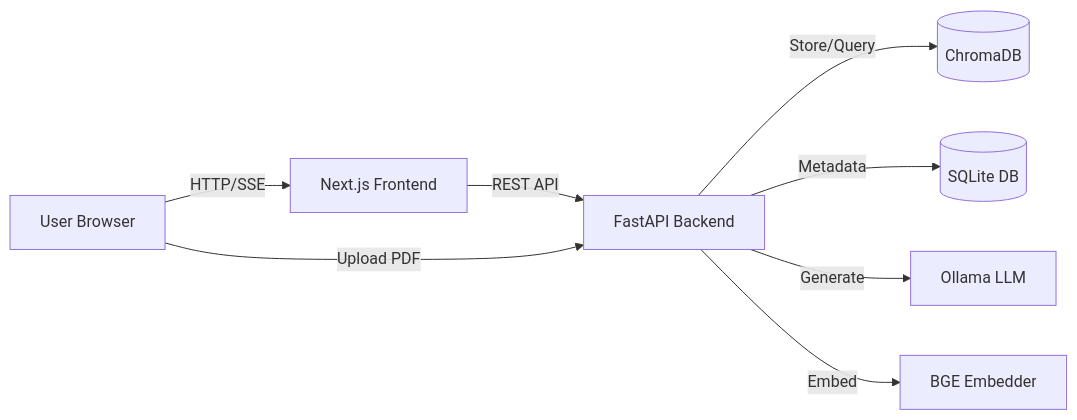
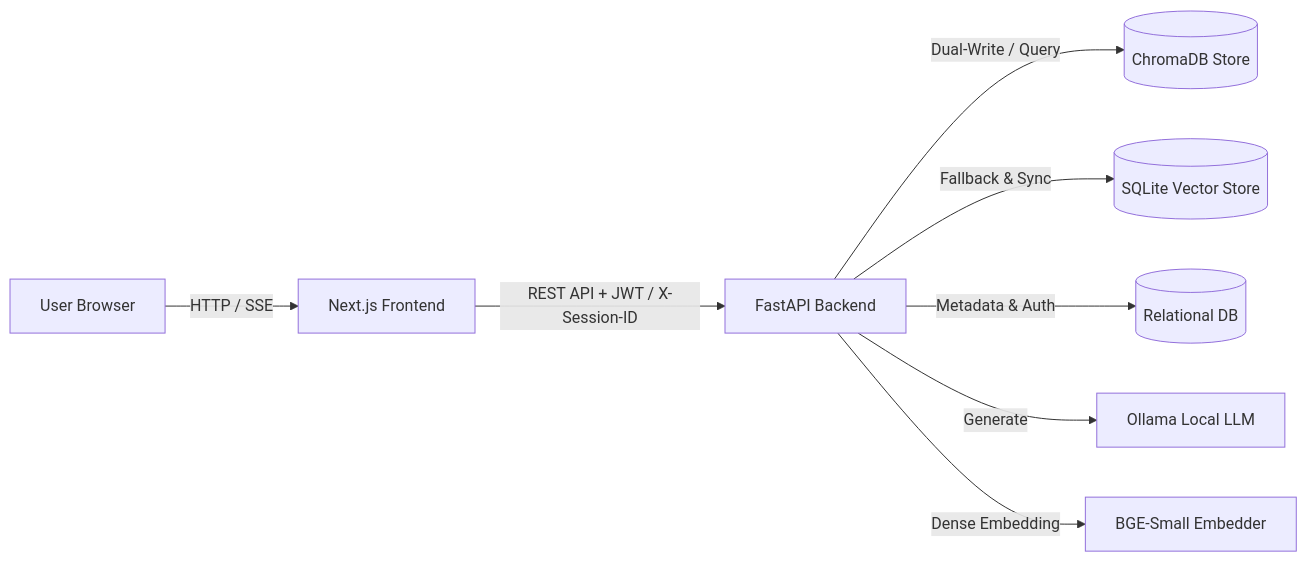
Before and after one commit to rahull2509/DocuMind-AI: the diagram in README.md, drawn with Mermaid. The commit also changed other lines of this file and 11 other files, not shown here.

````diff
--- a/README.md
+++ b/README.md
@@ -44,10 +39,10 @@
 ```mermaid
 graph LR
-    User[User Browser] -->|HTTP/SSE| NextJS[Next.js Frontend]
-    NextJS -->|REST API| FastAPI[FastAPI Backend]
-    FastAPI -->|Store/Query| ChromaDB[(ChromaDB)]
-    FastAPI -->|Metadata| SQLite[(SQLite DB)]
-    FastAPI -->|Generate| Ollama[Ollama LLM]
-    FastAPI -->|Embed| BGE[BGE Embedder]
-    User -->|Upload PDF| FastAPI
+    User[User Browser] -->|HTTP / SSE| NextJS[Next.js Frontend]
+    NextJS -->|REST API + JWT / X-Session-ID| FastAPI[FastAPI Backend]
+    FastAPI -->|Dual-Write / Query| ChromaDB[(ChromaDB Store)]
+    FastAPI -->|Fallback & Sync| SQLiteVec[(SQLite Vector Store)]
+    FastAPI -->|Metadata & Auth| DB[(Relational DB)]
+    FastAPI -->|Generate| Ollama[Ollama Local LLM]
+    FastAPI -->|Dense Embedding| BGE[BGE-Small Embedder]
 ```
````
